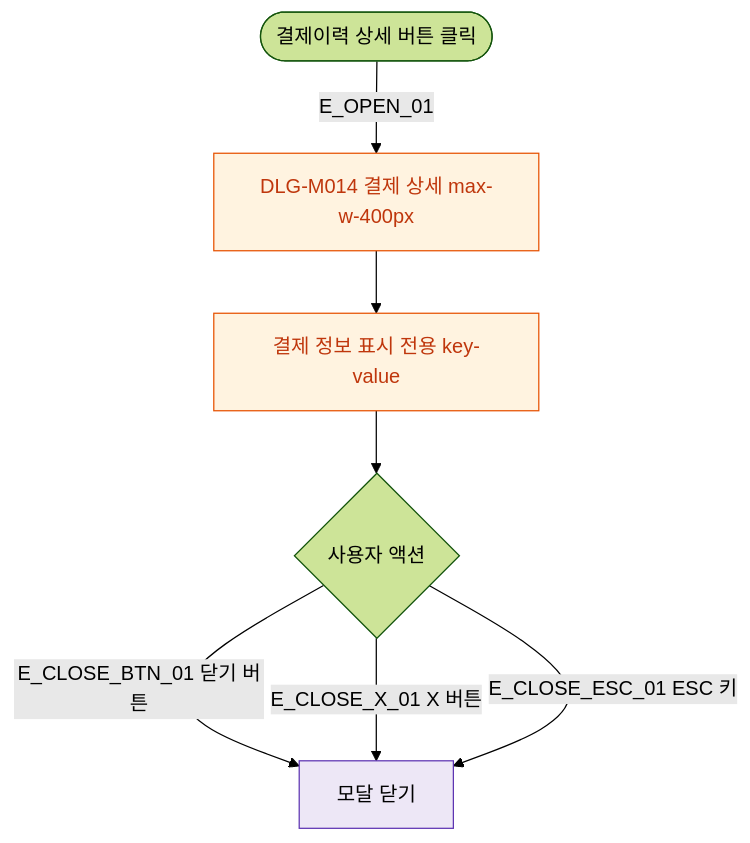
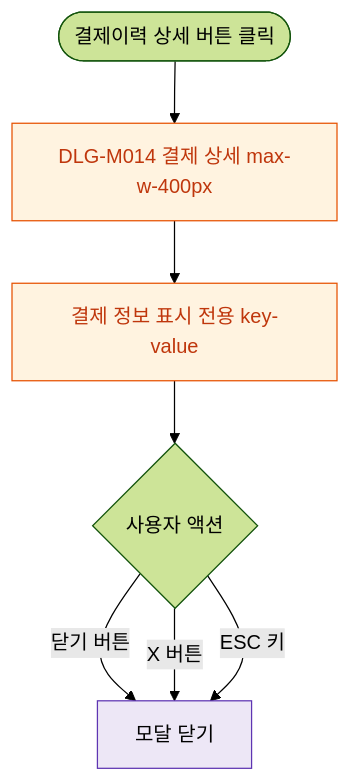
Before and after one commit to dev-spogym/admin-pando: the diagram in docs/다이어그램/D02_회원관리/DLG/DLG-M014_결제상세/M1_생명주기.md, drawn with Mermaid (forest theme). The commit also changed other lines of this file and 1660 other files, not shown here.

First line of the commit message:
다이어그램: 기획자/클라이언트 납품본으로 정리

````diff
--- a/docs/다이어그램/D02_회원관리/DLG/DLG-M014_결제상세/M1_생명주기.md
+++ b/docs/다이어그램/D02_회원관리/DLG/DLG-M014_결제상세/M1_생명주기.md
@@ -22,19 +20,19 @@
 ```mermaid
 flowchart TD
   TRIGGER([결제이력 상세 버튼 클릭])
 
-  TRIGGER -->|E_OPEN_01| DLG_OPEN[DLG-M014 결제 상세 max-w-400px]
+  TRIGGER --> DLG_OPEN[DLG-M014 결제 상세 max-w-400px]
   DLG_OPEN --> DISPLAY[결제 정보 표시 전용 key-value]
 
   DISPLAY --> USER_ACT{사용자 액션}
 
-  USER_ACT -->|E_CLOSE_BTN_01 닫기 버튼| CLOSE[모달 닫기]
-  USER_ACT -->|E_CLOSE_X_01 X 버튼| CLOSE
-  USER_ACT -->|E_CLOSE_ESC_01 ESC 키| CLOSE
+  USER_ACT -->|닫기 버튼|CLOSE[모달 닫기]
+  USER_ACT -->|X 버튼|CLOSE
+  USER_ACT -->|ESC 키|CLOSE
 
-  classDef modal   fill:#FFF3E0,stroke:#E65100,color:#BF360C
-  classDef system  fill:#EDE7F6,stroke:#5E35B2
+  classDef modal fill:#FFF3E0,stroke:#E65100,color:#BF360C
+  classDef system fill:#EDE7F6,stroke:#5E35B2
 
   class DLG_OPEN,DISPLAY modal
   class CLOSE system
 ```
````
